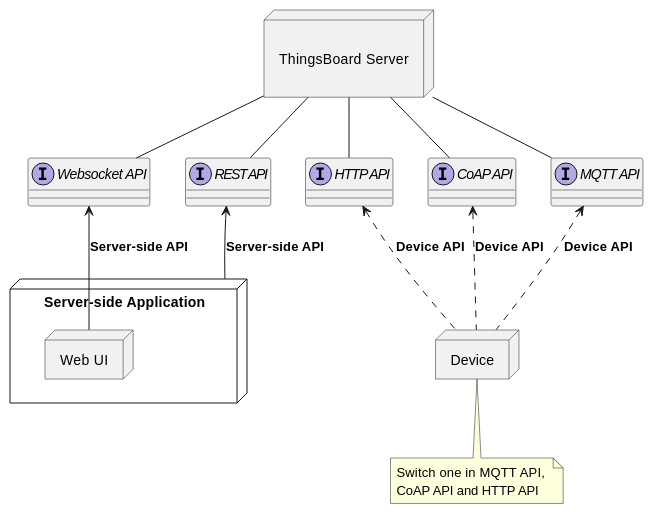
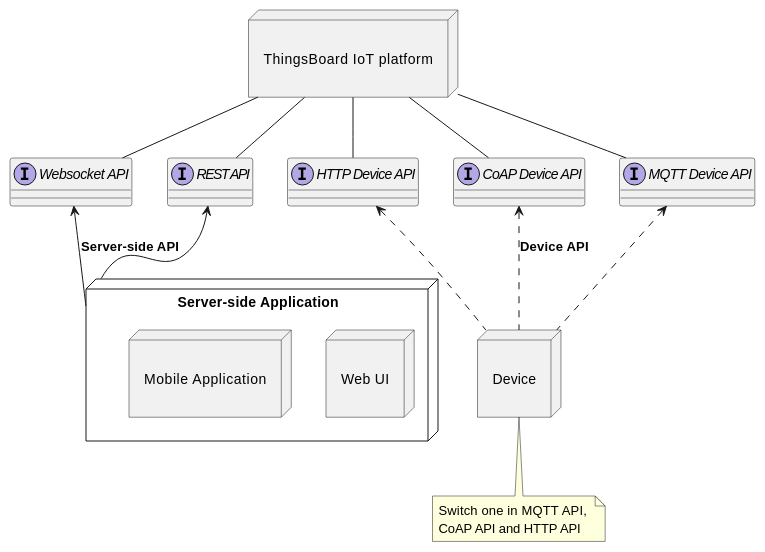
Before and after one commit to avantec-iot/avantec-thingsboard: the first of 7 diagrams in docs/thingsboard/thingsboard-mqtt-device-api.rst, drawn with PlantUML. The commit also changed other lines of this file and 8 other files, not shown here.

```diff
--- a/docs/thingsboard/thingsboard-mqtt-device-api.rst
+++ b/docs/thingsboard/thingsboard-mqtt-device-api.rst
@@ -17,40 +17,38 @@
 .. uml::
 
-   interface "MQTT API" as MQTTAPI
-   interface "CoAP API" as CoAPAPI
-   interface "HTTP API" as HTTPAPI
+   interface "MQTT Device API" as MQTTAPI
+   interface "CoAP Device API" as CoAPAPI
+   interface "HTTP Device API" as HTTPAPI
 
-   /'interface "Device API" as DeviceAPI'/
    interface "Websocket API" as WebsocketAPI
    interface "REST API" as RestAPI
    
-   node "\nThingsBoard Server\n" as TBSrv {
+   node "\nThingsBoard IoT platform\n" as TBSrv {
    }
 
-   node "Device" as TBDev {
+   node "\nDevice\n" as TBDev {
    }
-
-   node "Server-side Application" as TBApp {
-      node "Web UI" as WebUI {
-      }
-   }
-
-   /'TBSrv -left- DeviceAPI'/
-   TBSrv -down-  MQTTAPI
-   TBSrv -down-  CoAPAPI
-   TBSrv -down-  HTTPAPI
-   TBSrv -down- RestAPI
-   TBSrv -down-  WebsocketAPI
-
-   /'TBDev .up.> DeviceAPI'/
-   TBDev .up.> MQTTAPI : **Device API**
-   TBDev .up.> CoAPAPI : **Device API**
-   TBDev .up.> HTTPAPI : **Device API**
-
-   TBApp -up-> RestAPI : **Server-side API**
-   WebUI -up-> WebsocketAPI : **Server-side API**
-
    note bottom of TBDev
       Switch one in MQTT API, 
       CoAP API and HTTP API
    end note
+
+   node "Server-side Application" as TBApp {
+      node "\nWeb UI\n" as WebUI {
+      }
+      node "\nMobile Application\n" as TBMobileApp {
+      }
+   }
+
+   TBSrv -down-  MQTTAPI
+   TBSrv -down-  CoAPAPI
+   TBSrv -down-  HTTPAPI
+   TBSrv -down-  RestAPI
+   TBSrv -down-  WebsocketAPI
+
+   TBDev .up.> MQTTAPI
+   TBDev .up.> CoAPAPI : **Device API**
+   TBDev .up.> HTTPAPI
+
+   TBApp -up-> RestAPI
+   TBApp -up-> WebsocketAPI : **Server-side API**
```
